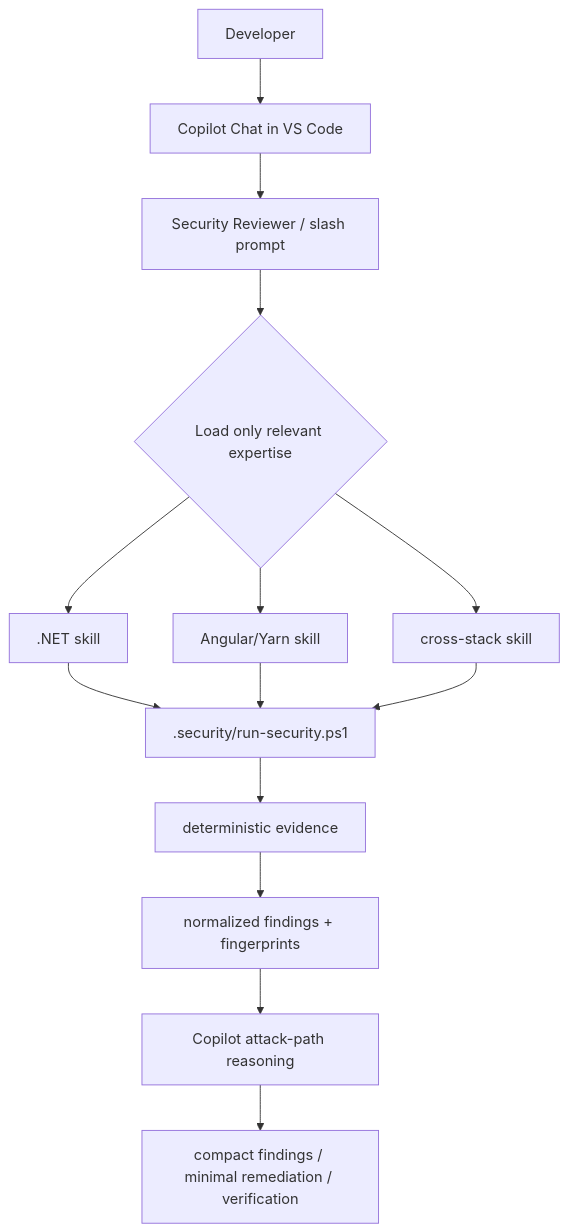
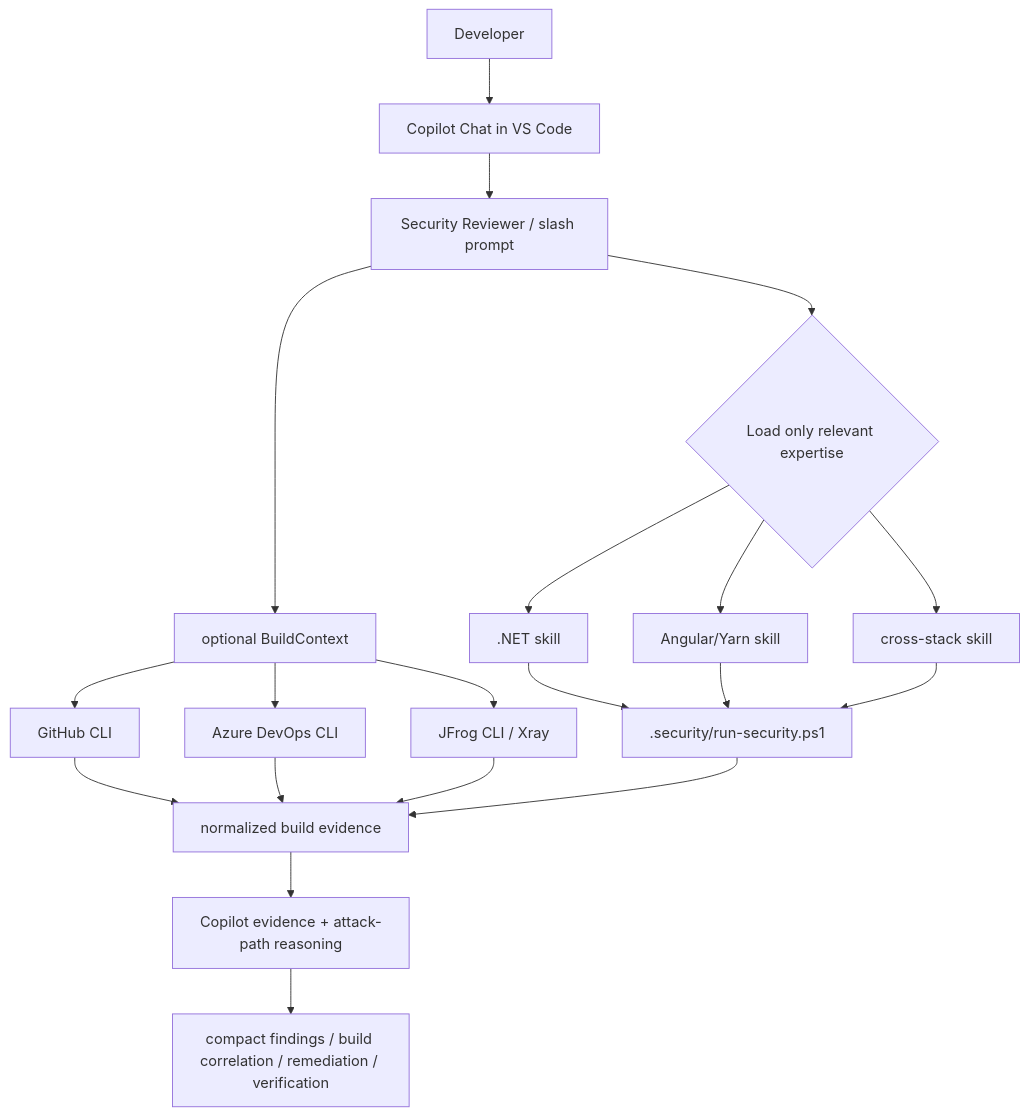
One commit to franciscofunes/copilot-security-pack changed the second of 4 diagrams in README.md. Above: the diagram before and after it, drawn with Mermaid. The commit also changed other lines of this file, not shown here.

Commit message:
docs: expose agentic build intelligence in README

````diff
--- a/README.md
+++ b/README.md
@@ -37,16 +39,22 @@
 ```mermaid
 flowchart TB
     dev["Developer"] --> chat["Copilot Chat in VS Code"]
     chat --> reviewer["Security Reviewer / slash prompt"]
     reviewer --> skill{"Load only relevant expertise"}
     skill --> dotnet[".NET skill"]
     skill --> angular["Angular/Yarn skill"]
     skill --> cross["cross-stack skill"]
+    reviewer --> build["optional BuildContext"]
+    build --> gh["GitHub CLI"]
+    build --> az["Azure DevOps CLI"]
+    build --> jf["JFrog CLI / Xray"]
     dotnet --> dispatcher[".security/run-security.ps1"]
     angular --> dispatcher
     cross --> dispatcher
-    dispatcher --> evidence["deterministic evidence"]
-    evidence --> normalized["normalized findings + fingerprints"]
-    normalized --> reasoning["Copilot attack-path reasoning"]
-    reasoning --> result["compact findings / minimal remediation / verification"]
+    gh --> evidence["normalized build evidence"]
+    az --> evidence
+    jf --> evidence
+    dispatcher --> evidence
+    evidence --> reasoning["Copilot evidence + attack-path reasoning"]
+    reasoning --> result["compact findings / build correlation / remediation / verification"]
 ```
````
